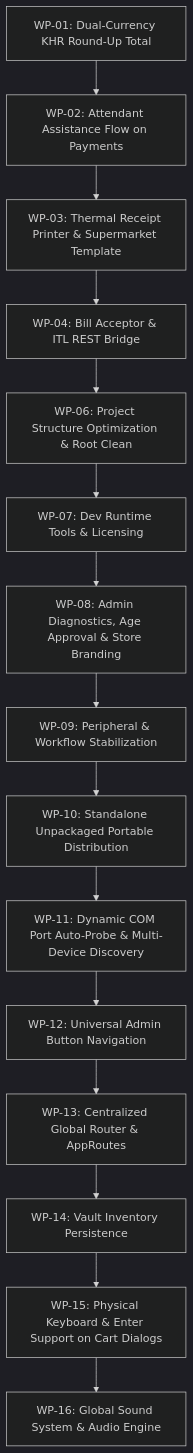
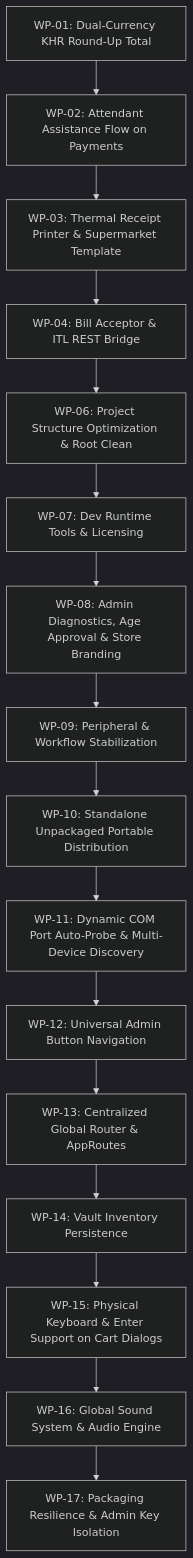
One commit to Thylyyong/testingCashRecycling changed the diagram in ENGINEERING_TASKS.md. Above: the diagram before and after it, drawn with Mermaid (dark theme). The commit also changed other lines of this file and 15 other files, not shown here.

Commit message:
fix(packaging,admin): resolve package distribution lock, add batch launcher, isolate admin login key handler, enforce strict 8-digit PIN validation

````diff
--- a/ENGINEERING_TASKS.md
+++ b/ENGINEERING_TASKS.md
@@ -329,17 +349,18 @@
 ```mermaid
 graph TD
     A["WP-01: Dual-Currency KHR Round-Up Total"] --> B["WP-02: Attendant Assistance Flow on Payments"]
     B --> C["WP-03: Thermal Receipt Printer & Supermarket Template"]
     C --> D["WP-04: Bill Acceptor & ITL REST Bridge"]
     D --> E["WP-06: Project Structure Optimization & Root Clean"]
     E --> F["WP-07: Dev Runtime Tools & Licensing"]
     F --> G["WP-08: Admin Diagnostics, Age Approval & Store Branding"]
     G --> H["WP-09: Peripheral & Workflow Stabilization"]
     H --> I["WP-10: Standalone Unpackaged Portable Distribution"]
     I --> J["WP-11: Dynamic COM Port Auto-Probe & Multi-Device Discovery"]
     J --> K["WP-12: Universal Admin Button Navigation"]
     K --> L["WP-13: Centralized Global Router & AppRoutes"]
     L --> M["WP-14: Vault Inventory Persistence"]
     M --> N["WP-15: Physical Keyboard & Enter Support on Cart Dialogs"]
     N --> O["WP-16: Global Sound System & Audio Engine"]
+    O --> P["WP-17: Packaging Resilience & Admin Key Isolation"]
 ```
````
